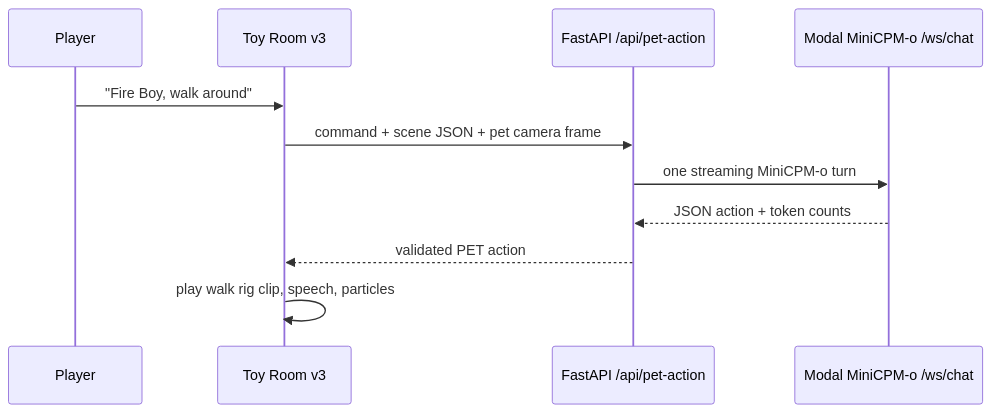
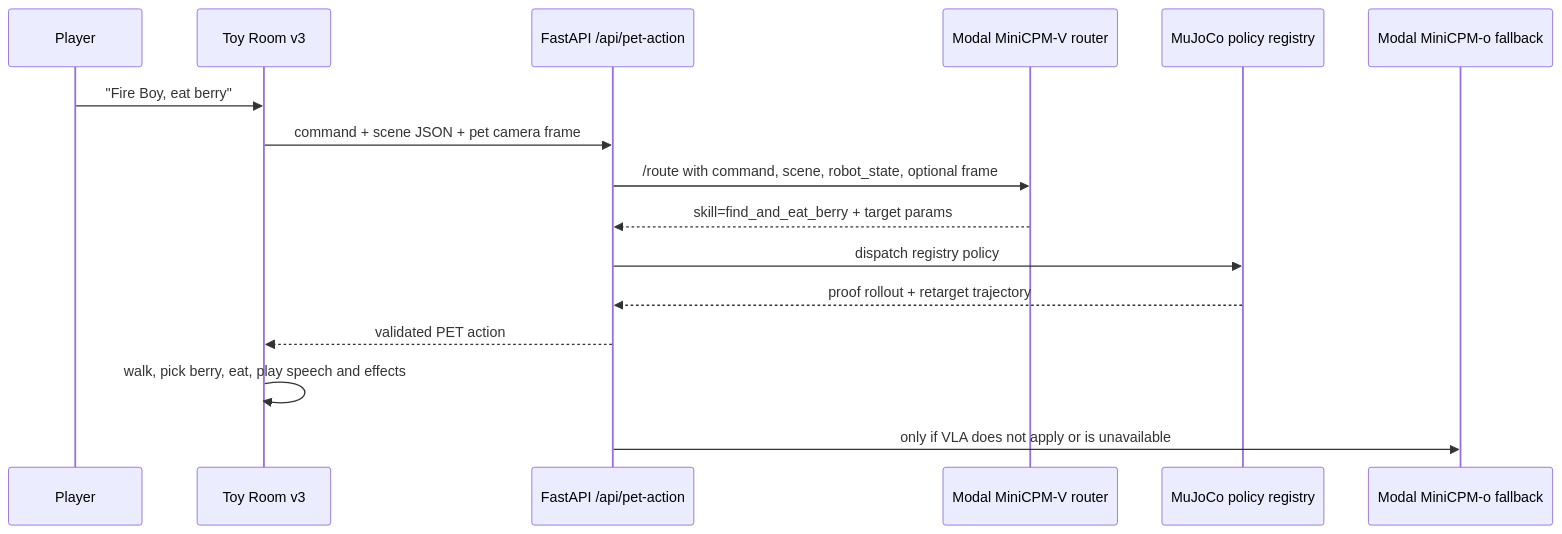
Before and after one commit to sanjuhs/build-small-hackathon-v1: the second of 2 diagrams in README.md, drawn with Mermaid. The commit also changed other lines of this file and 10 other files, not shown here.

Commit message:
docs: publish MiniCPM-V VLA artifacts

````diff
--- a/README.md
+++ b/README.md
@@ -389,13 +403,18 @@
 ```mermaid
 sequenceDiagram
     participant Player
     participant Browser as Toy Room v3
     participant API as FastAPI /api/pet-action
-    participant Modal as Modal MiniCPM-o /ws/chat
-    Player->>Browser: "Fire Boy, walk around"
+    participant VLA as Modal MiniCPM-V router
+    participant MuJoCo as MuJoCo policy registry
+    participant Omni as Modal MiniCPM-o fallback
+    Player->>Browser: "Fire Boy, eat berry"
     Browser->>API: command + scene JSON + pet camera frame
-    API->>Modal: one streaming MiniCPM-o turn
-    Modal-->>API: JSON action + token counts
+    API->>VLA: /route with command, scene, robot_state, optional frame
+    VLA-->>API: skill=find_and_eat_berry + target params
+    API->>MuJoCo: dispatch registry policy
+    MuJoCo-->>API: proof rollout + retarget trajectory
     API-->>Browser: validated PET action
-    Browser->>Browser: play walk rig clip, speech, particles
+    Browser->>Browser: walk, pick berry, eat, play speech and effects
+    API->>Omni: only if VLA does not apply or is unavailable
 ```
````
